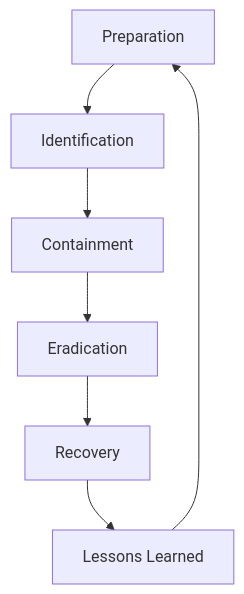
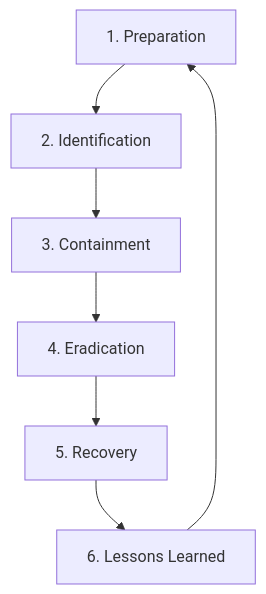
Before and after one commit to Walid-El-Hioul/Cybersecurity: the third of 3 diagrams in SOC-T1/SOC Fundamentals/Courses/Security incident lifecycle phases.md, drawn with Mermaid. The commit also changed other lines of this file and 4 other files, not shown here.

````diff
--- a/SOC-T1/SOC Fundamentals/Courses/Security incident lifecycle phases.md
+++ b/SOC-T1/SOC Fundamentals/Courses/Security incident lifecycle phases.md
@@ -102,9 +155,9 @@
 ```mermaid
 flowchart TD
-    A[Preparation] --> B[Identification]
-    B --> C[Containment]
-    C --> D[Eradication]
-    D --> E[Recovery]
-    E --> F[Lessons Learned]
+    A[1. Preparation] --> B[2. Identification]
+    B --> C[3. Containment]
+    C --> D[4. Eradication]
+    D --> E[5. Recovery]
+    E --> F[6. Lessons Learned]
     F --> A
 ```
````
